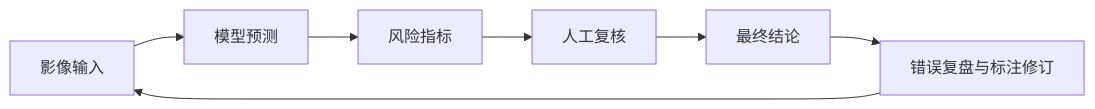
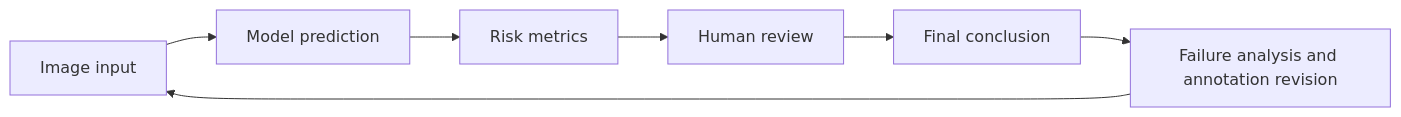
The second of 2 diagrams in docs/ch10-computer-vision/ch06-projects/02-medical-imaging.md (oudbiao/AI-fullstack-course), drawn with Mermaid before and after one commit. The commit also changed other lines of this file and 1406 other files, not shown here.

````diff
--- a/docs/ch10-computer-vision/ch06-projects/02-medical-imaging.md
+++ b/docs/ch10-computer-vision/ch06-projects/02-medical-imaging.md
@@ -84,9 +84,9 @@
 ```mermaid
 flowchart LR
-    A["影像输入"] --> B["模型预测"]
-    B --> C["风险指标"]
-    C --> D["人工复核"]
-    D --> E["最终结论"]
-    E --> F["错误复盘与标注修订"]
+    A["Image input"] --> B["Model prediction"]
+    B --> C["Risk metrics"]
+    C --> D["Human review"]
+    D --> E["Final conclusion"]
+    E --> F["Failure analysis and annotation revision"]
     F --> A
 ```
````
